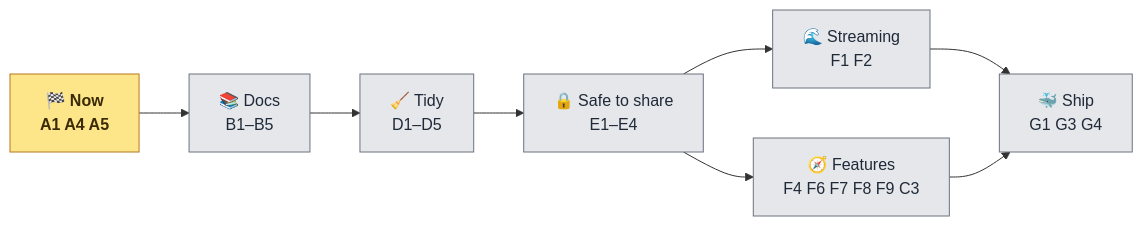
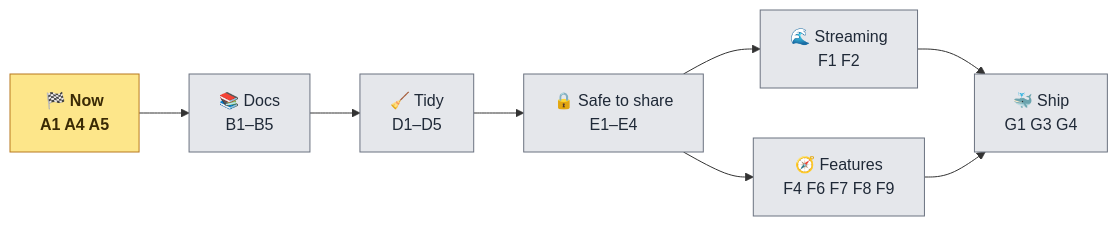
One commit to anurag-joshi-1403/Multi-Agent-AI-Platform changed the third of 3 diagrams in BACKEND_STATUS.md. Above: the diagram before and after it, drawn with Mermaid. The commit also changed other lines of this file and 2 other files, not shown here.

````diff
--- a/BACKEND_STATUS.md
+++ b/BACKEND_STATUS.md
@@ -204,13 +211,13 @@
 ```mermaid
 flowchart LR
     classDef now fill:#fde68a,stroke:#b7791f,color:#3a2a05,font-weight:bold
     classDef later fill:#e5e7eb,stroke:#6b7280,color:#1f2937
     N["🏁 Now<br/>A1 A4 A5"] --> DOC["📚 Docs<br/>B1–B5"] --> HK["🧹 Tidy<br/>D1–D5"]
     HK --> SAFE["🔒 Safe to share<br/>E1–E4"]
     SAFE --> STR["🌊 Streaming<br/>F1 F2"]
-    SAFE --> MORE["🧭 Features<br/>F4 F6 F7 F8 F9 C3"]
+    SAFE --> MORE["🧭 Features<br/>F4 F6 F7 F8 F9"]
     STR --> SHIP["🐳 Ship<br/>G1 G3 G4"]
     MORE --> SHIP
     class N now
     class DOC,HK,SAFE,STR,MORE,SHIP later
 ```
````
